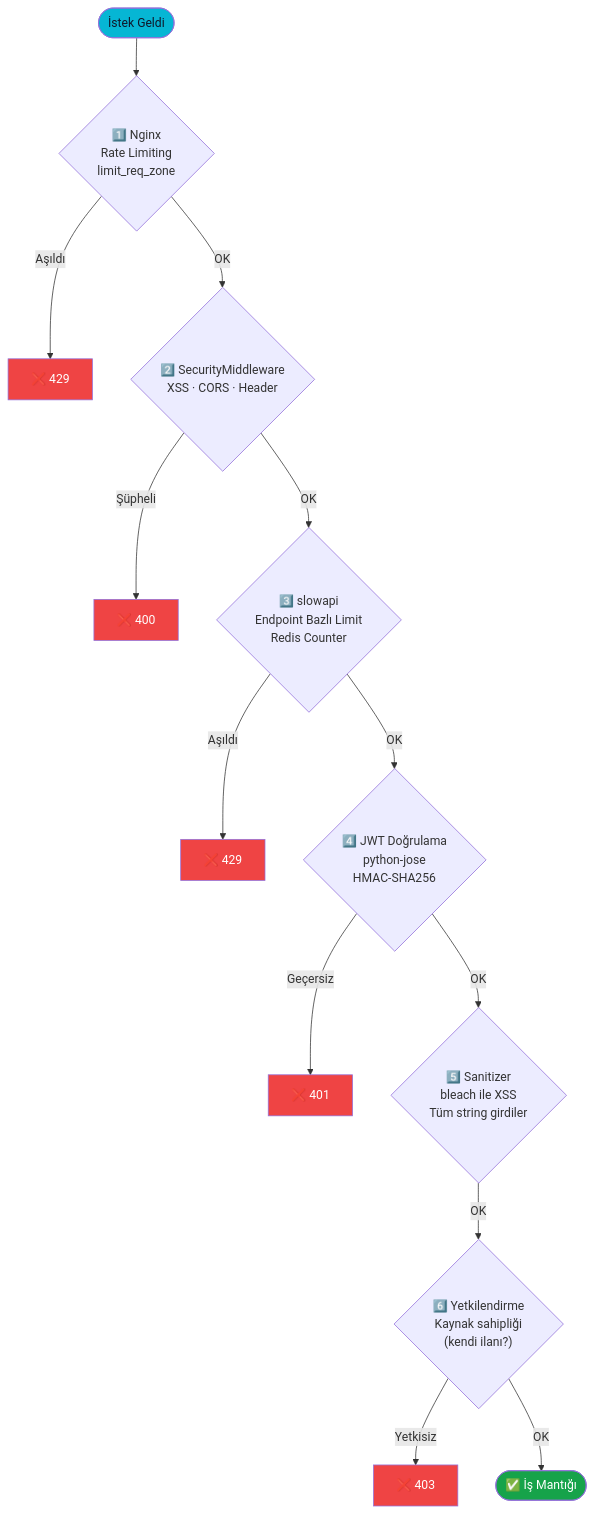
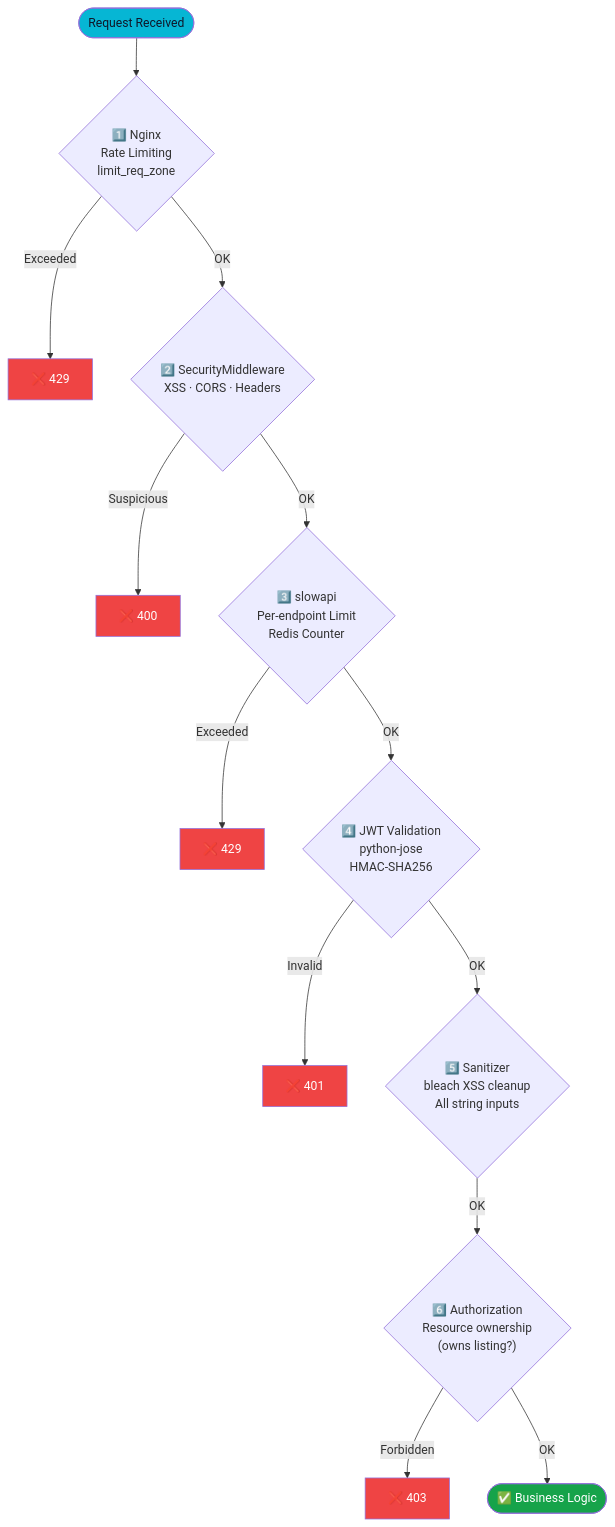
One commit to tucibeyin/teqlif changed the ninth of 10 diagrams in README.md. Above: the diagram before and after it, drawn with Mermaid. The commit also changed other lines of this file, not shown here.

````diff
--- a/README.md
+++ b/README.md
@@ -693,38 +693,38 @@
 ```mermaid
 flowchart TD
-    REQ(["İstek Geldi"])
+    REQ(["Request Received"])
 
     REQ --> L1
     L1{"1️⃣ Nginx\nRate Limiting\nlimit_req_zone"}
-    L1 -->|Aşıldı| R1["❌ 429"]
+    L1 -->|Exceeded| R1["❌ 429"]
     L1 -->|OK| L2
 
-    L2{"2️⃣ SecurityMiddleware\nXSS · CORS · Header"}
-    L2 -->|Şüpheli| R2["❌ 400"]
+    L2{"2️⃣ SecurityMiddleware\nXSS · CORS · Headers"}
+    L2 -->|Suspicious| R2["❌ 400"]
     L2 -->|OK| L3
 
-    L3{"3️⃣ slowapi\nEndpoint Bazlı Limit\nRedis Counter"}
-    L3 -->|Aşıldı| R3["❌ 429"]
+    L3{"3️⃣ slowapi\nPer-endpoint Limit\nRedis Counter"}
+    L3 -->|Exceeded| R3["❌ 429"]
     L3 -->|OK| L4
 
-    L4{"4️⃣ JWT Doğrulama\npython-jose\nHMAC-SHA256"}
-    L4 -->|Geçersiz| R4["❌ 401"]
+    L4{"4️⃣ JWT Validation\npython-jose\nHMAC-SHA256"}
+    L4 -->|Invalid| R4["❌ 401"]
     L4 -->|OK| L5
 
-    L5{"5️⃣ Sanitizer\nbleach ile XSS\nTüm string girdiler"}
+    L5{"5️⃣ Sanitizer\nbleach XSS cleanup\nAll string inputs"}
     L5 -->|OK| L6
 
-    L6{"6️⃣ Yetkilendirme\nKaynak sahipliği\n(kendi ilanı?)"}
-    L6 -->|Yetkisiz| R6["❌ 403"]
+    L6{"6️⃣ Authorization\nResource ownership\n(owns listing?)"}
+    L6 -->|Forbidden| R6["❌ 403"]
     L6 -->|OK| BIZ
 
-    BIZ(["✅ İş Mantığı"])
+    BIZ(["✅ Business Logic"])
 
     style REQ fill:#06B6D4,color:#0F172A
     style BIZ fill:#16A34A,color:#fff
     style R1 fill:#EF4444,color:#fff
     style R2 fill:#EF4444,color:#fff
     style R3 fill:#EF4444,color:#fff
     style R4 fill:#EF4444,color:#fff
     style R6 fill:#EF4444,color:#fff
 ```
````
